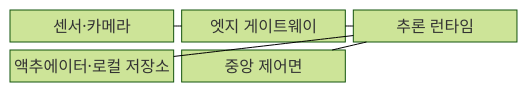
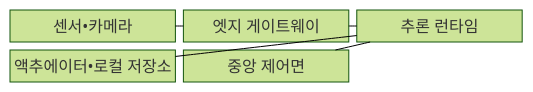
One commit to agnusdei1207/knowledge-base changed the first of 2 diagrams in src/content/docs/notes/08-latest-tech/051_edge_ai.md. Above: the diagram before and after it, drawn with Mermaid (forest theme). The commit also changed other lines of this file and 953 other files, not shown here.

````diff
--- a/src/content/docs/notes/08-latest-tech/051_edge_ai.md
+++ b/src/content/docs/notes/08-latest-tech/051_edge_ai.md
@@ -68,13 +68,13 @@
 ```mermaid
 block-beta
   columns 3
-  A["센서·카메라"]
+  A["센서•카메라"]
   B["엣지 게이트웨이"]
   C["추론 런타임"]
-  D["액추에이터·로컬 저장소"]
+  D["액추에이터•로컬 저장소"]
   E["중앙 제어면"]
   A --- B
   B --- C
   C --- D
   C --- E
 ```
````
